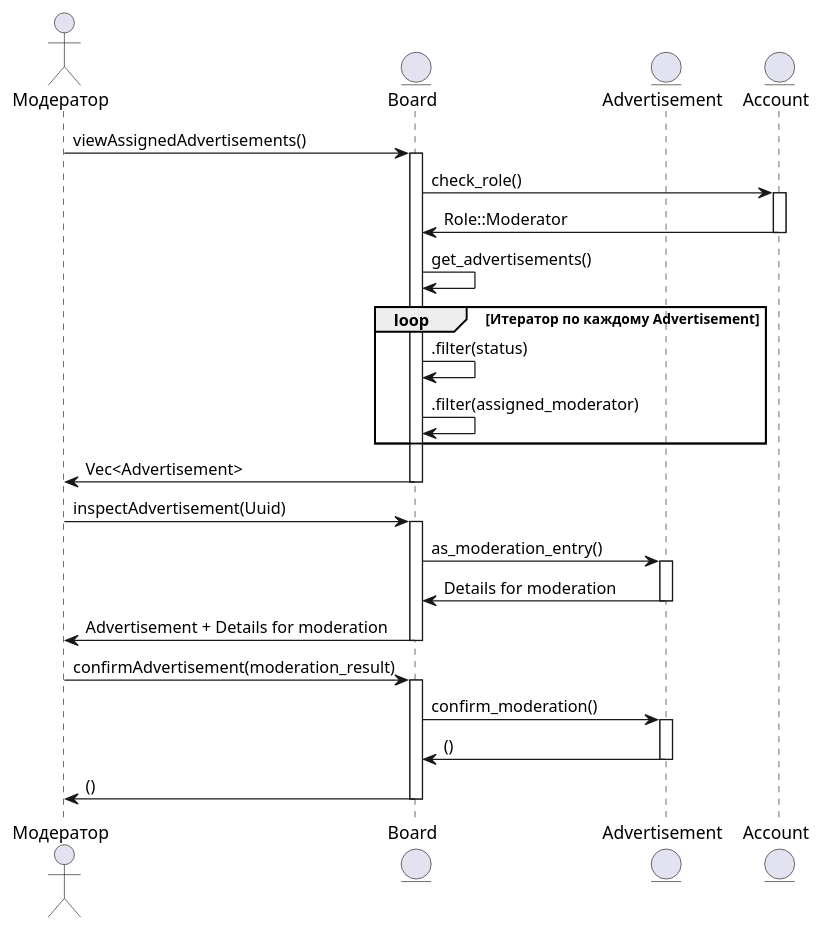
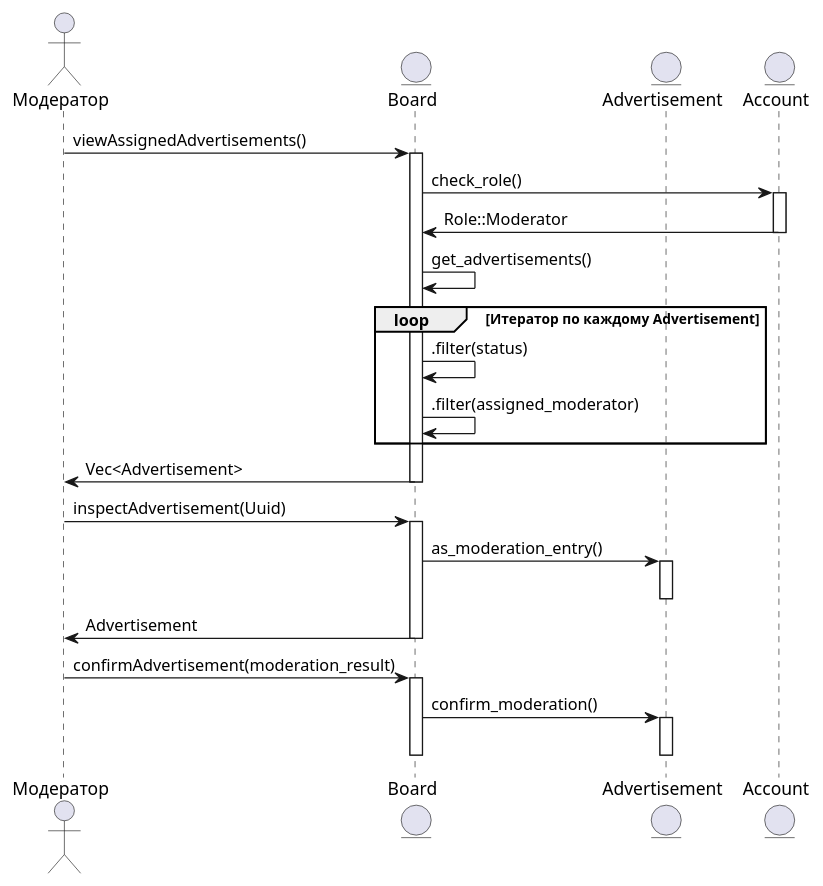
One commit to penamarth/bsbo-01-22_team1_var13 changed the diagram in Диаграмма последовательности Модерация объявлений.md. Above: the diagram before and after it, drawn with PlantUML.

Commit message:
Update Диаграмма последовательности Модерация объявлений.md

````diff
--- a/Диаграмма последовательности Модерация объявлений.md
+++ b/Диаграмма последовательности Модерация объявлений.md
@@ -1,42 +1,39 @@
 ```plantuml
 @startuml
 
 actor Модератор
 entity Board
 entity Advertisement
 entity Account
 
 Модератор -> Board : viewAssignedAdvertisements()
 activate Board
 Board -> Account : check_role()
 activate Account
 Board <- Account : Role::Moderator
 deactivate Account
 Board -> Board : get_advertisements()
 loop Итератор по каждому Advertisement
 Board -> Board : .filter(status)
 Board -> Board : .filter(assigned_moderator)
 end
 Модератор <- Board : Vec<Advertisement>
 deactivate Board
 
 Модератор -> Board : inspectAdvertisement(Uuid)
 activate Board
 Board -> Advertisement : as_moderation_entry()
 activate Advertisement
-Board <- Advertisement : Details for moderation
 deactivate Advertisement
-Модератор <- Board : Advertisement + Details for moderation
+Модератор <- Board : Advertisement
 deactivate Board
 
 Модератор -> Board : confirmAdvertisement(moderation_result)
 activate Board
 Board -> Advertisement : confirm_moderation()
 activate Advertisement
-Board <- Advertisement : ()
 deactivate Advertisement
-Модератор <- Board : ()
 deactivate Board
 
 @enduml
 ```
````
